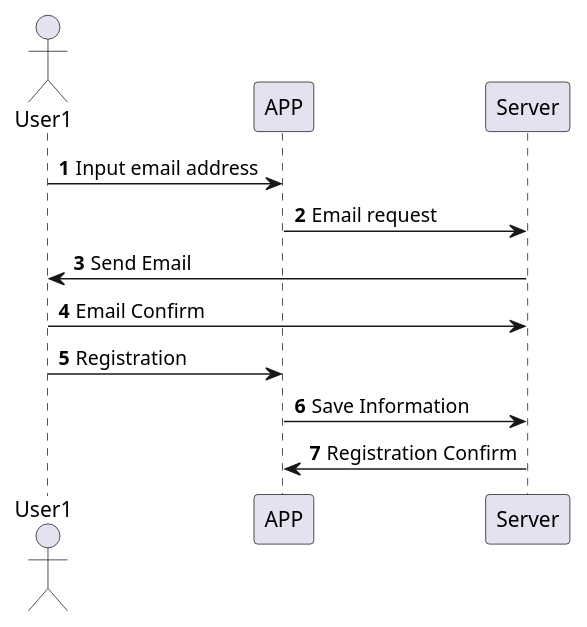
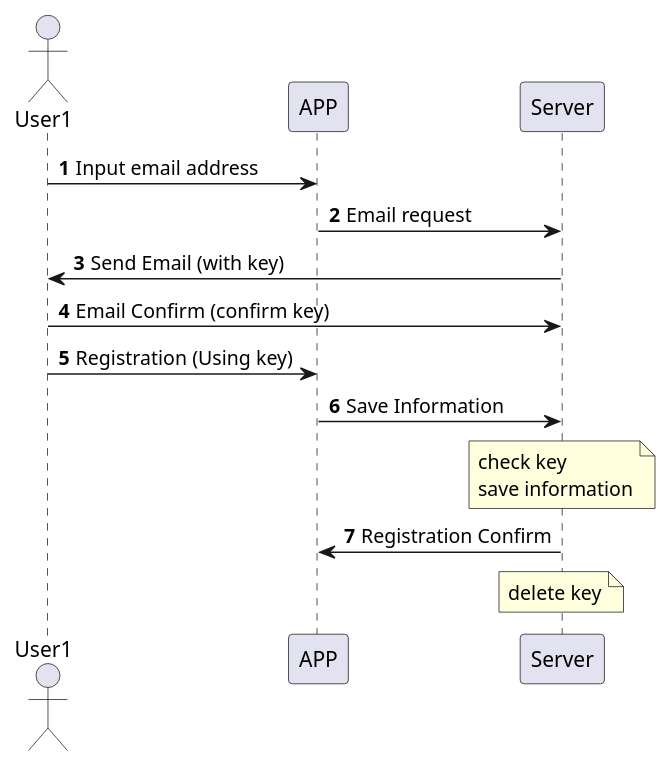
One commit to cyrus-work/bike_api changed the diagram in docs/registration.puml. Above: the diagram before and after it, drawn with PlantUML. The commit also changed 4 other files, not shown here.

```diff
--- a/docs/registration.puml
+++ b/docs/registration.puml
@@ -1,22 +1,28 @@
 @startuml
 'https://plantuml.com/sequence-diagram
 
 autonumber
 
 actor User1
 
 User1 -> APP: Input email address
 
 APP -> Server : Email request
 
-Server -> User1 : Send Email
+Server -> User1 : Send Email (with key)
 
-User1 -> Server : Email Confirm
+User1 -> Server : Email Confirm (confirm key)
 
-User1 -> APP : Registration
+User1 -> APP : Registration (Using key)
 
 APP -> Server : Save Information
+note over Server
+    check key
+    save information
+end note
 
 Server -> APP : Registration Confirm
-
+note over Server
+    delete key
+end note
 @enduml
```
